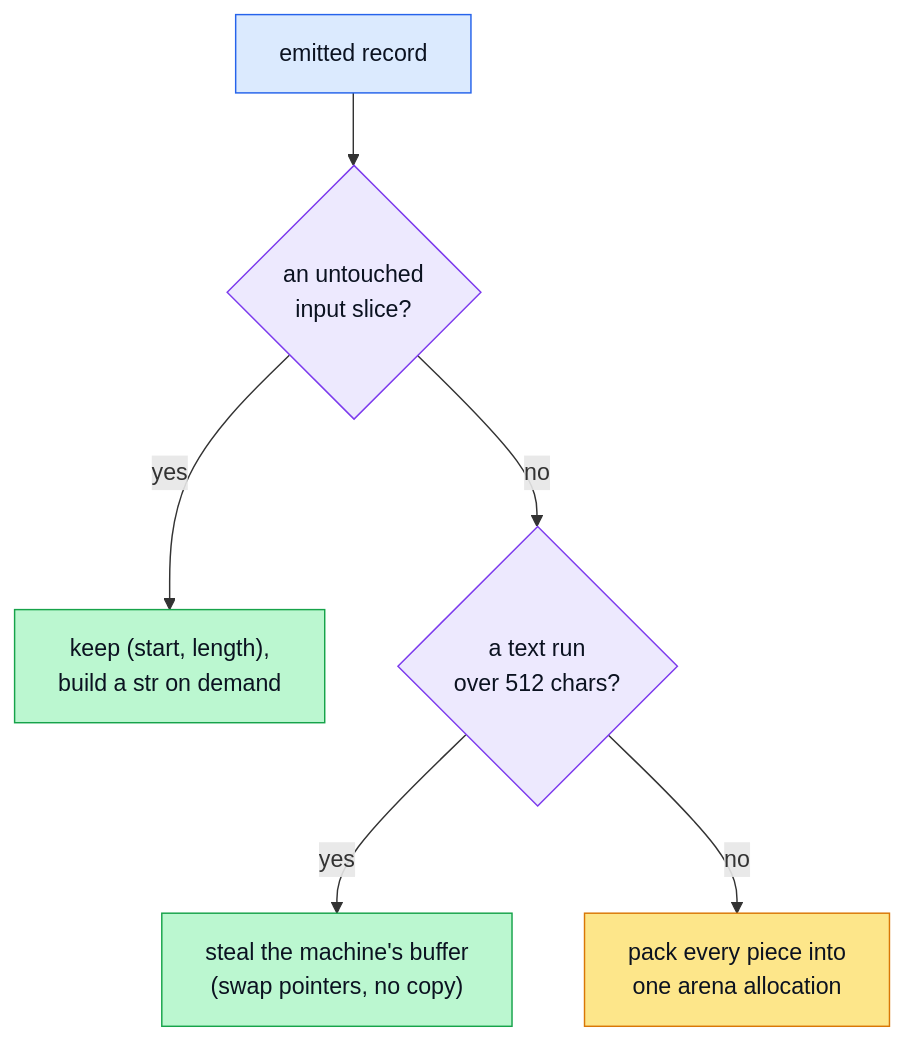
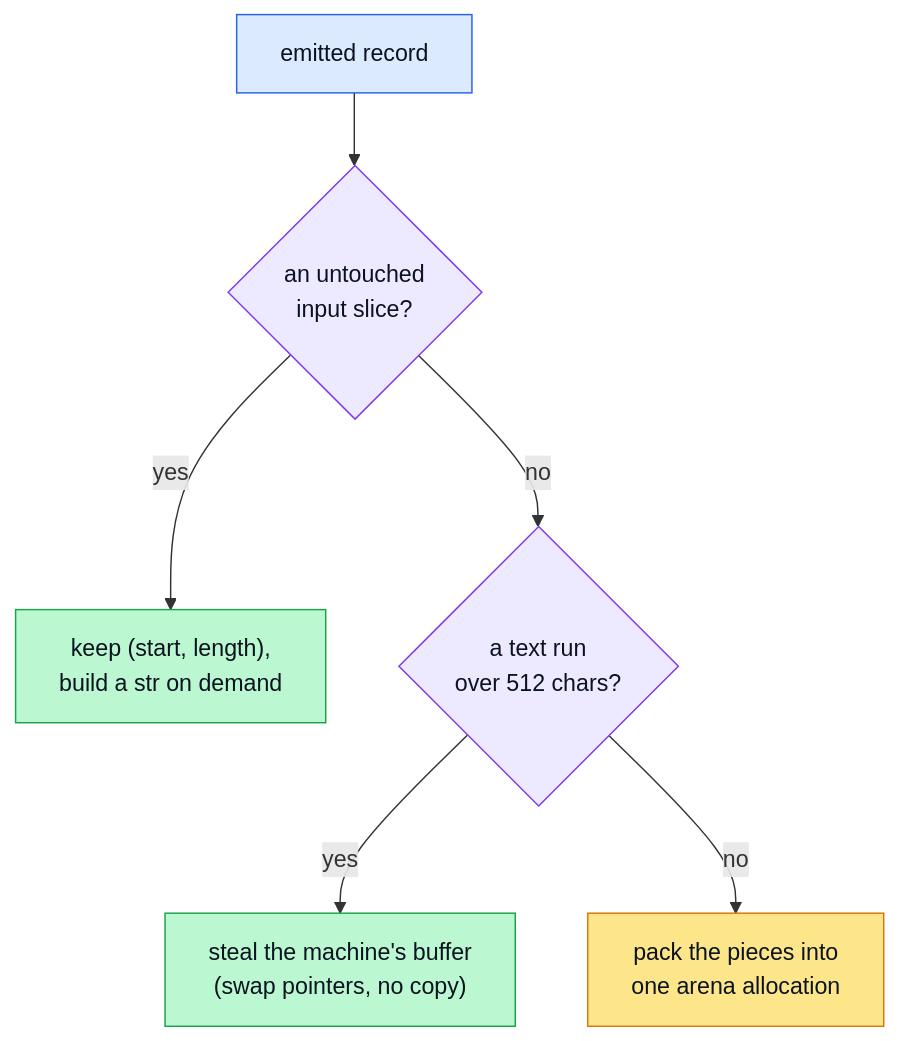
The second of 10 diagrams in content/posts/blazing-fast-html-parser/index.md (gaborbernat/bernat-tech), drawn with Mermaid before and after one commit. The commit also changed other lines of this file, not shown here.

````diff
--- a/content/posts/blazing-fast-html-parser/index.md
+++ b/content/posts/blazing-fast-html-parser/index.md
@@ -554,17 +553,17 @@
 ```mermaid
 flowchart TD
     R["emitted record"] --> Q1{"an untouched<br/>input slice?"}
     Q1 -->|yes| S["keep (start, length),<br/>build a str on demand"]
     Q1 -->|no| Q2{"a text run<br/>over 512 chars?"}
     Q2 -->|yes| M["steal the machine's buffer<br/>(swap pointers, no copy)"]
-    Q2 -->|no| A["pack every piece into<br/>one arena allocation"]
+    Q2 -->|no| A["pack the pieces into<br/>one arena allocation"]
 
     classDef data fill:#dbeafe,stroke:#2563eb,color:#0b1220;
     classDef dec fill:#ede9fe,stroke:#7c3aed,color:#0b1220;
     classDef good fill:#bbf7d0,stroke:#16a34a,color:#0b1220;
     classDef proc fill:#fde68a,stroke:#d97706,color:#0b1220;
     class R data
     class Q1,Q2 dec
     class S,M good
     class A proc
 ```
````
